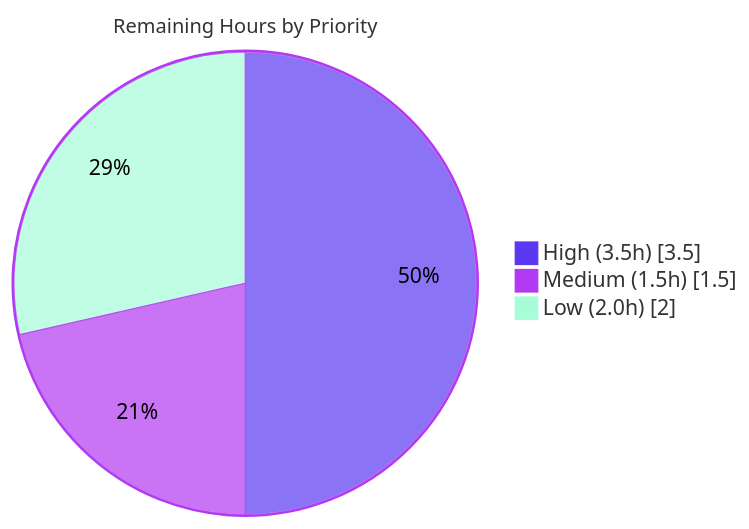
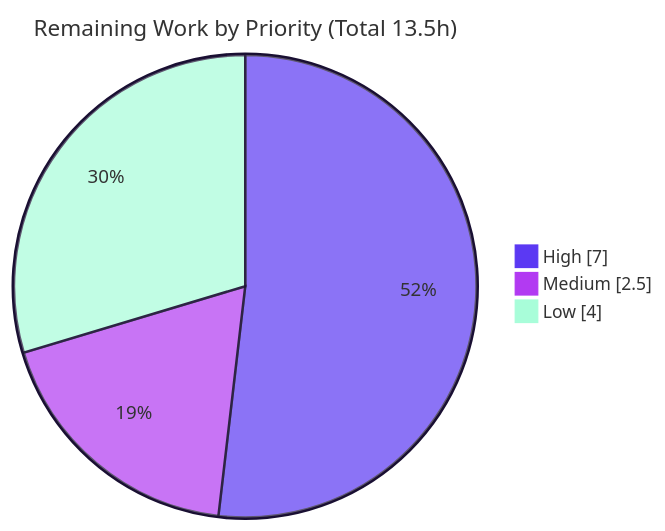
Before and after one commit to ajitblitzy/Society_Mngt_26-Jun-2026-Afternoon: the third of 3 diagrams in blitzy/documentation/Project Guide.md, drawn with Mermaid. The commit also changed other lines of this file, not shown here.

Commit message:
Adding Blitzy Project Guide: Project Status and Human Tasks Remaining

````diff
--- a/blitzy/documentation/Project Guide.md
+++ b/blitzy/documentation/Project Guide.md
@@ -228,7 +201,8 @@
 ```mermaid
-%%{init: {'theme':'base', 'themeVariables': {'pie1':'#5B39F3','pie2':'#B23AF2','pie3':'#A8FDD9','pieStrokeColor':'#B23AF2','pieOuterStrokeColor':'#B23AF2','pieSectionTextColor':'#000000','pieStrokeWidth':'1px','pieTitleTextSize':'16px'}}}%%
-pie showData title Remaining Hours by Priority
-    "High (3.5h)" : 3.5
-    "Medium (1.5h)" : 1.5
-    "Low (2.0h)" : 2.0
+%%{init: {'theme':'base', 'themeVariables': {'pie1':'#5B39F3','pie2':'#B23AF2','pie3':'#A8FDD9','pieStrokeColor':'#1A1033','pieStrokeWidth':'2px','pieOuterStrokeColor':'#1A1033','pieOuterStrokeWidth':'2px','pieTitleTextSize':'18px','pieSectionTextSize':'15px','pieLegendTextSize':'14px'}}}%%
+pie showData
+    title Remaining Work by Priority (Total 13.5h)
+    "High" : 7.0
+    "Medium" : 2.5
+    "Low" : 4.0
 ```
````
